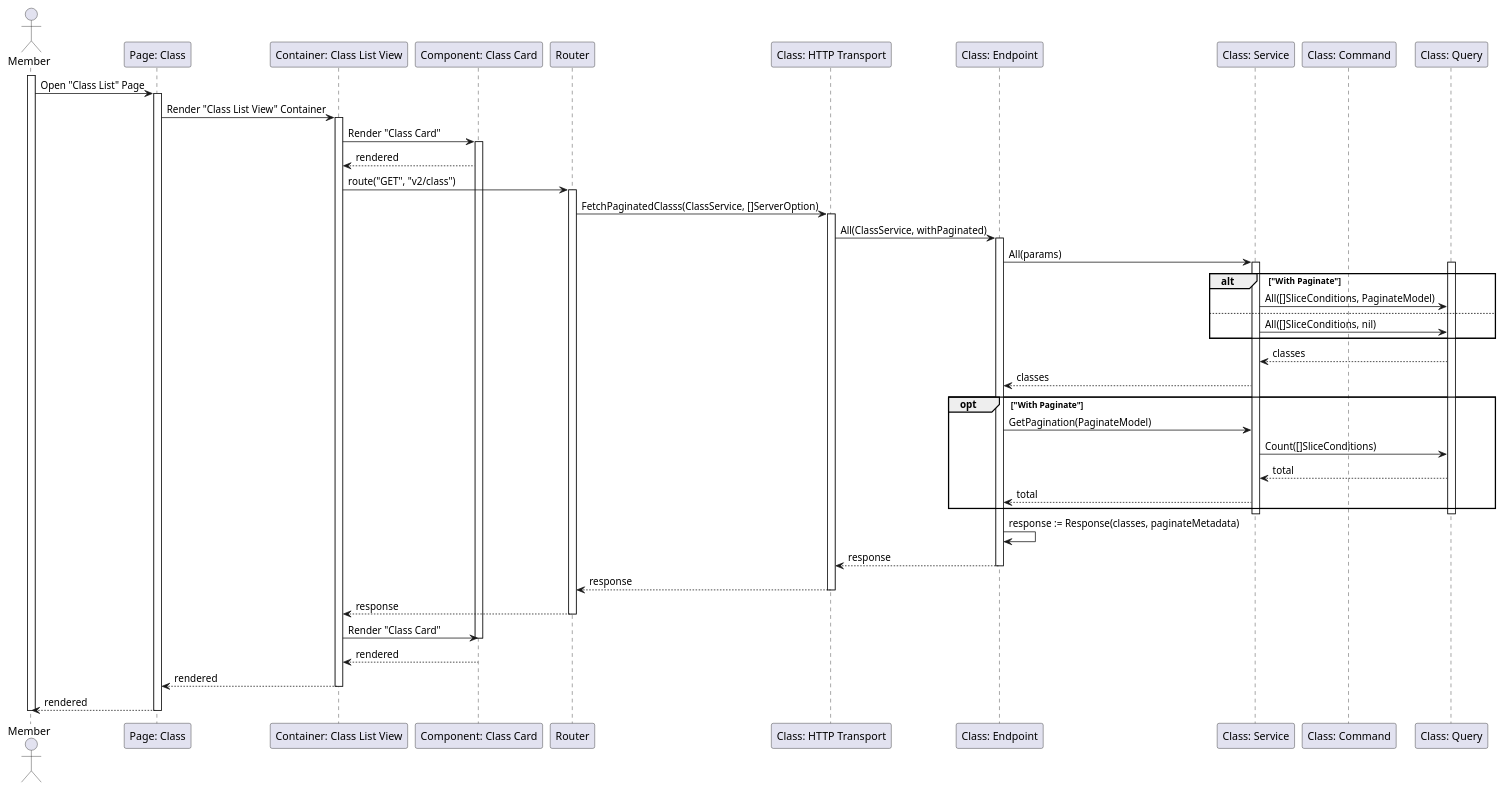
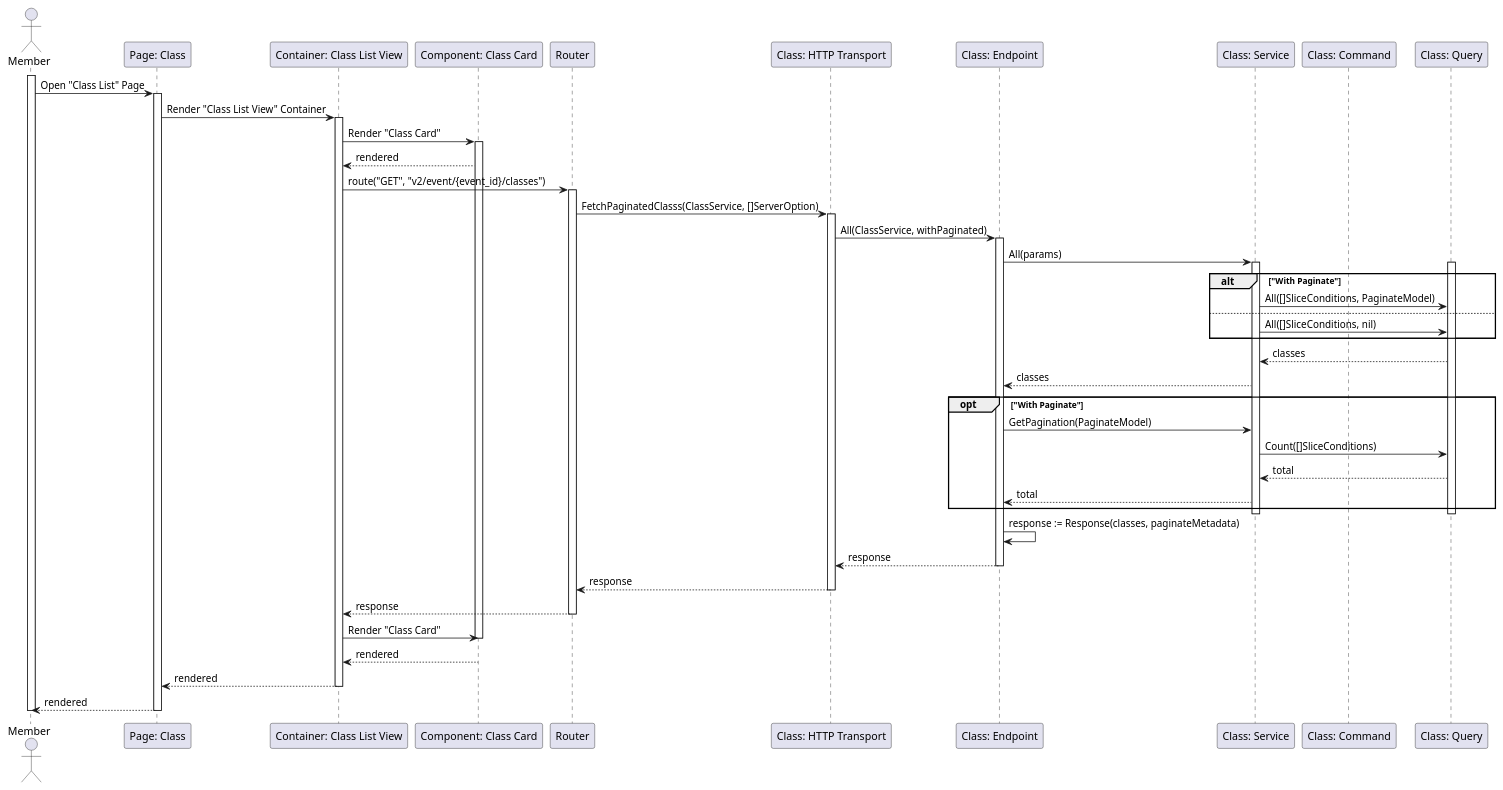
The diagram in Sequance/Release01/GetClass_Member.wsd (fwidjaya20/fazzlearning-uml), drawn with PlantUML before and after one commit. The commit also changed 7 other files, not shown here.

Commit message:
sequence: updating invalid route

```diff
--- a/Sequance/Release01/GetClass_Member.wsd
+++ b/Sequance/Release01/GetClass_Member.wsd
@@ -1,67 +1,67 @@
 @startuml GetClass_Member
 
 actor Member
 participant "Page: Class" as ClassPage
 participant "Container: Class List View" as ClassListViewContainer
 participant "Component: Class Card" as ClassCard
 participant "Router" as Router
 participant "Class: HTTP Transport" as ClassHTTPTransport
 participant "Class: Endpoint" as ClassEndpoint
 participant "Class: Service" as ClassService
 participant "Class: Command" as ClassCommand
 participant "Class: Query" as ClassQuery
 
 activate Member
 
 Member->ClassPage: Open "Class List" Page
 activate ClassPage
 ClassPage->ClassListViewContainer: Render "Class List View" Container
 activate ClassListViewContainer
 ClassListViewContainer->ClassCard: Render "Class Card"
 activate ClassCard
 ClassCard-->ClassListViewContainer: rendered
-ClassListViewContainer->Router: route("GET", "v2/class")
+ClassListViewContainer->Router: route("GET", "v2/event/{event_id}/classes")
 activate Router
 Router->ClassHTTPTransport: FetchPaginatedClasss(ClassService, []ServerOption)
 activate ClassHTTPTransport
 ClassHTTPTransport->ClassEndpoint: All(ClassService, withPaginated)
 activate ClassEndpoint
 ClassEndpoint->ClassService: All(params)
 
 activate ClassService
 activate ClassQuery
 alt "With Paginate"
     ClassService->ClassQuery: All([]SliceConditions, PaginateModel)
 else
     ClassService->ClassQuery: All([]SliceConditions, nil)
 end
 ClassQuery-->ClassService: classes
 ClassService-->ClassEndpoint: classes
 
 opt "With Paginate"
     ClassEndpoint->ClassService: GetPagination(PaginateModel)
     ClassService->ClassQuery: Count([]SliceConditions)
     ClassQuery-->ClassService: total
     ClassService-->ClassEndpoint: total
 end
 deactivate ClassQuery
 deactivate ClassService
 
 ClassEndpoint->ClassEndpoint: response := Response(classes, paginateMetadata)
 ClassEndpoint-->ClassHTTPTransport: response
 deactivate ClassEndpoint
 ClassHTTPTransport-->Router: response
 deactivate ClassHTTPTransport
 Router-->ClassListViewContainer: response
 deactivate Router
 ClassListViewContainer->ClassCard: Render "Class Card"
 deactivate ClassCard
 ClassCard-->ClassListViewContainer: rendered
 ClassListViewContainer-->ClassPage: rendered
 deactivate ClassListViewContainer
 ClassPage-->Member: rendered
 deactivate ClassPage
 
 deactivate Member
 
 @enduml
```
